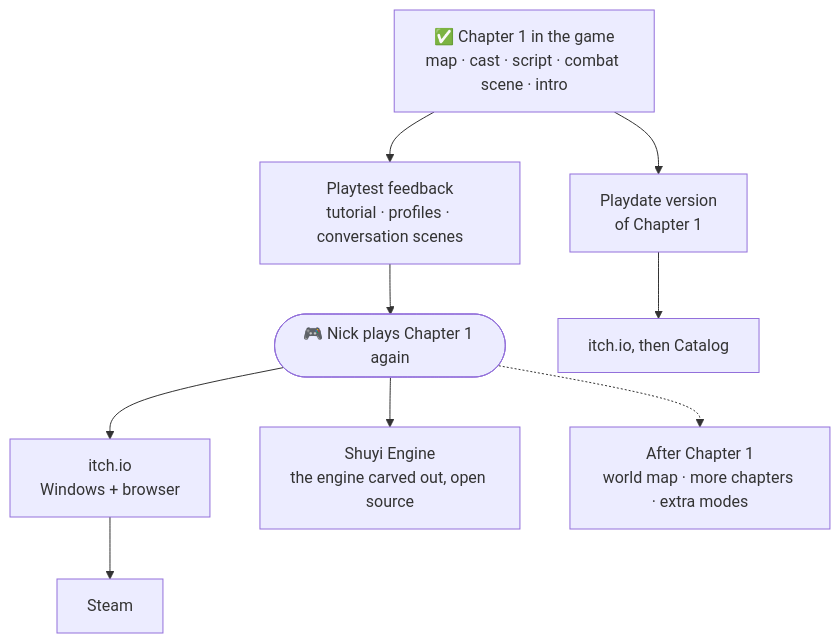
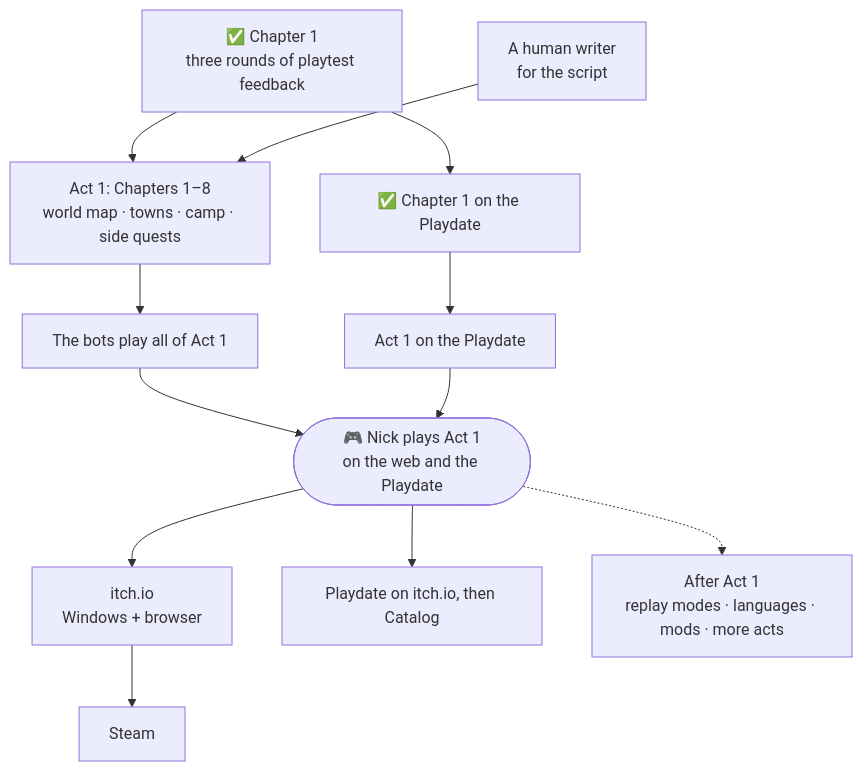
One commit to Zafnok/visions-of-shuyi changed the diagram in README.md. Above: the diagram before and after it, drawn with Mermaid. The commit also changed other lines of this file and 1 other file, not shown here.

First line of the commit message:
[0154] README: Act 1's progress, what is playable now, and the plan up to the Act 1 playtest

````diff
--- a/README.md
+++ b/README.md
@@ -166,11 +188,12 @@
 ```mermaid
 flowchart TD
-    A["✅ Chapter 1 in the game<br/>map · cast · script · combat scene · intro"] --> B["Playtest feedback<br/>tutorial · profiles · conversation scenes"]
-    B --> E(["🎮 Nick plays Chapter 1 again"])
-    E --> F["itch.io<br/>Windows + browser"]
-    F --> G["Steam"]
-    E --> S["Shuyi Engine<br/>the engine carved out, open source"]
-    A --> P["Playdate version<br/>of Chapter 1"]
-    P --> PI["itch.io, then Catalog"]
-    E -.-> H["After Chapter 1<br/>world map · more chapters · extra modes"]
+    C1["✅ Chapter 1<br/>three rounds of playtest feedback"] --> A1["Act 1: Chapters 1–8<br/>world map · towns · camp · side quests"]
+    W["A human writer<br/>for the script"] --> A1
+    A1 --> B["The bots play all of Act 1"]
+    C1 --> P["✅ Chapter 1 on the Playdate"] --> PA["Act 1 on the Playdate"]
+    B --> N(["🎮 Nick plays Act 1<br/>on the web and the Playdate"])
+    PA --> N
+    N --> F["itch.io<br/>Windows + browser"] --> G["Steam"]
+    N --> PI["Playdate on itch.io, then Catalog"]
+    N -.-> H["After Act 1<br/>replay modes · languages · mods · more acts"]
 ```
````
